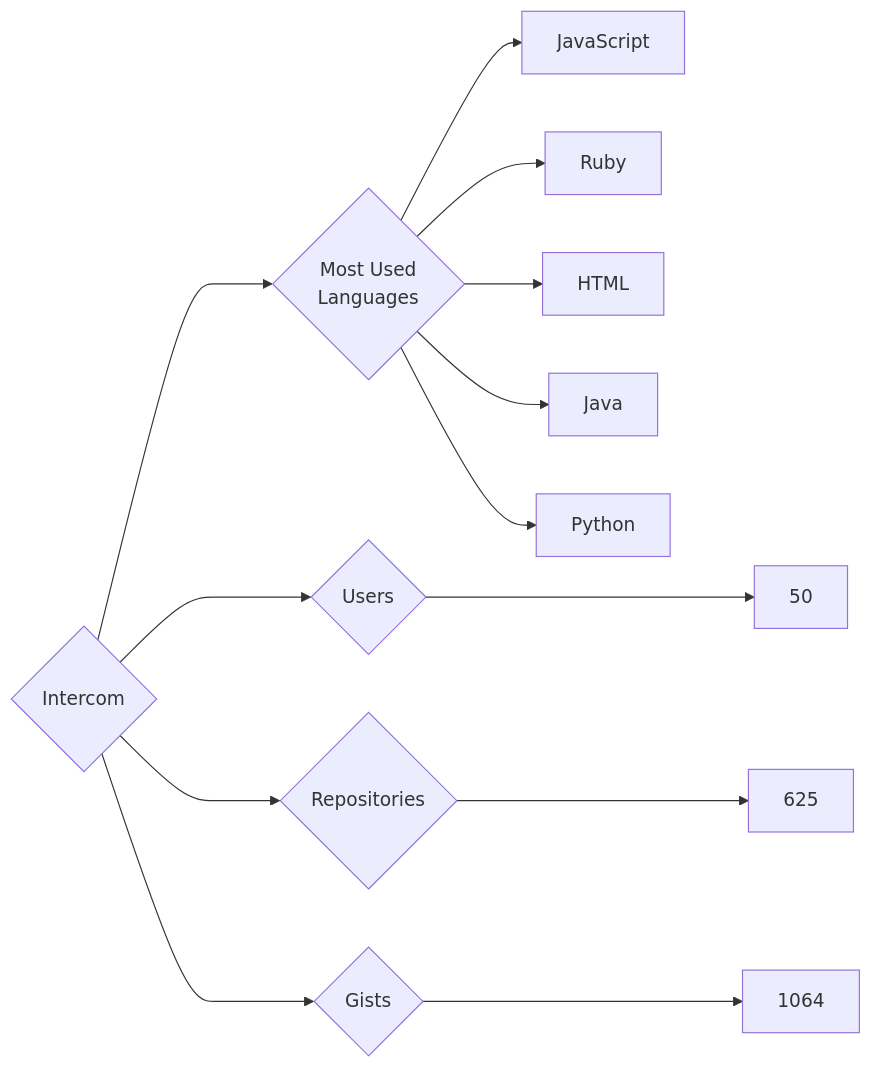
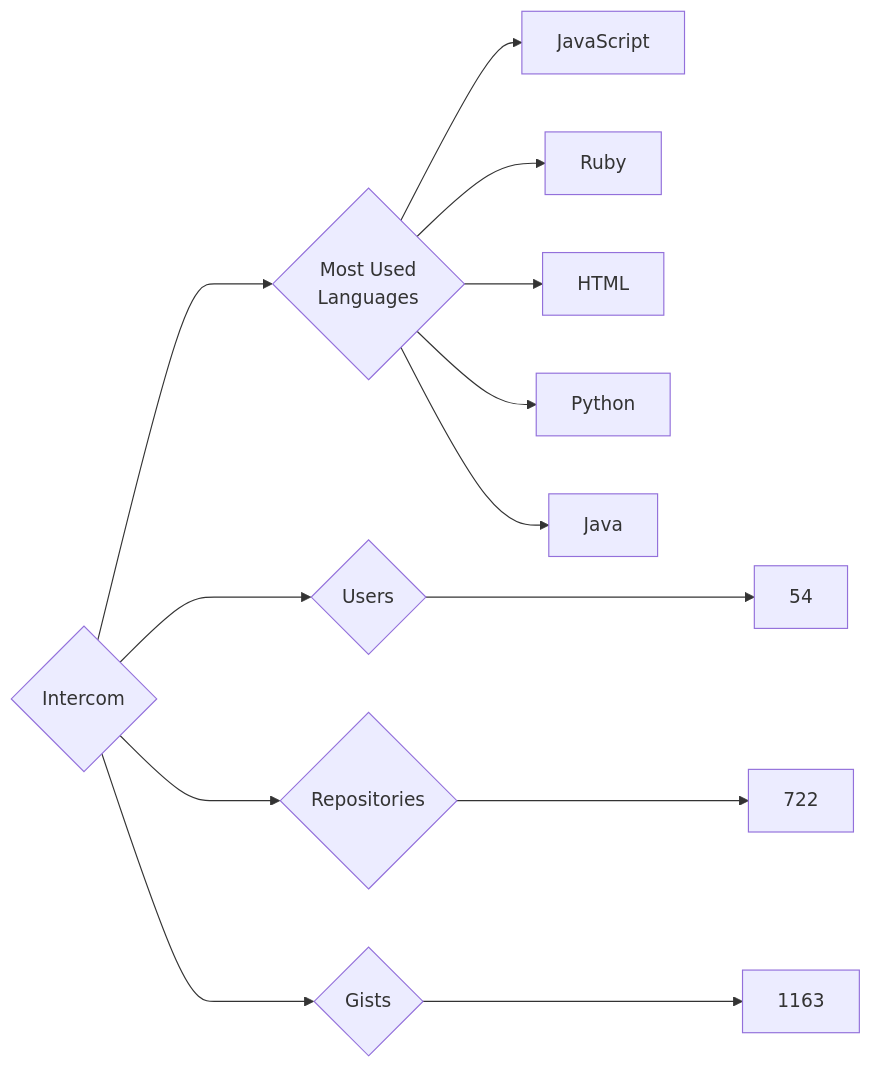
Before and after one commit to trickest/insiders: the diagram in targets/Intercom/README.md, drawn with Mermaid. The commit also changed 935 other files, not shown here.

````diff
--- a/targets/Intercom/README.md
+++ b/targets/Intercom/README.md
@@ -3,13 +3,13 @@
 ```mermaid
 graph LR
 COMPANY_NAME{Intercom}
-COMPANY_NAME ---> U{Users} ---> UN[50]
-COMPANY_NAME ---> R{Repositories} ---> RN[625]
-COMPANY_NAME ---> G{Gists} ---> GN[1064]
+COMPANY_NAME ---> U{Users} ---> UN[54]
+COMPANY_NAME ---> R{Repositories} ---> RN[722]
+COMPANY_NAME ---> G{Gists} ---> GN[1163]
 COMPANY_NAME ---> ML{Most Used<br>Languages}
 ML --> JavaScript[JavaScript]
 ML --> Ruby[Ruby]
 ML --> HTML[HTML]
+ML --> Python[Python]
 ML --> Java[Java]
-ML --> Python[Python]
 ```
````
